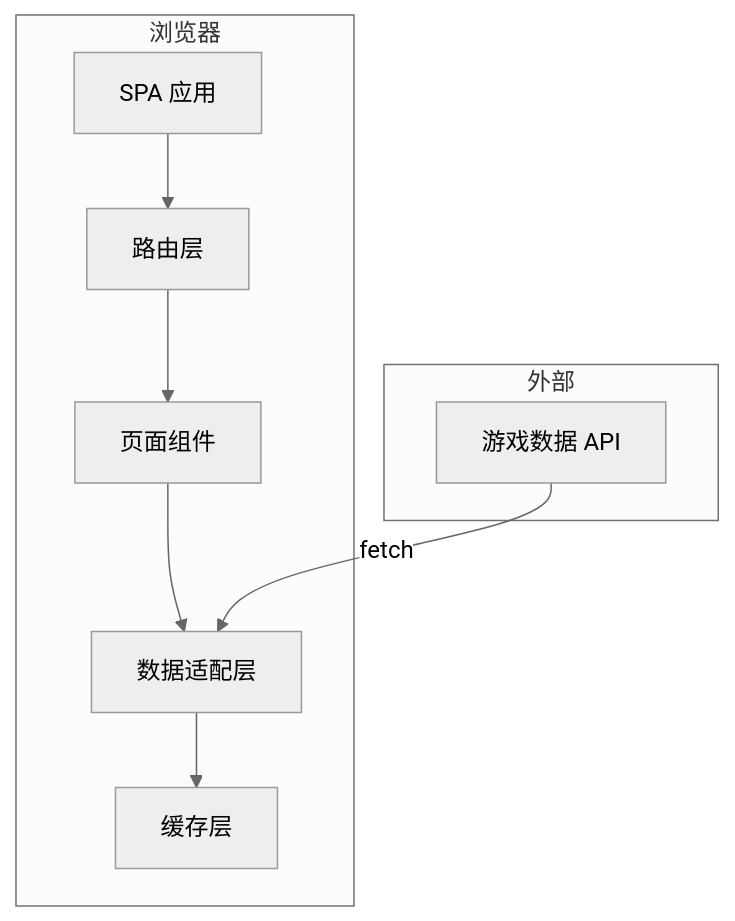
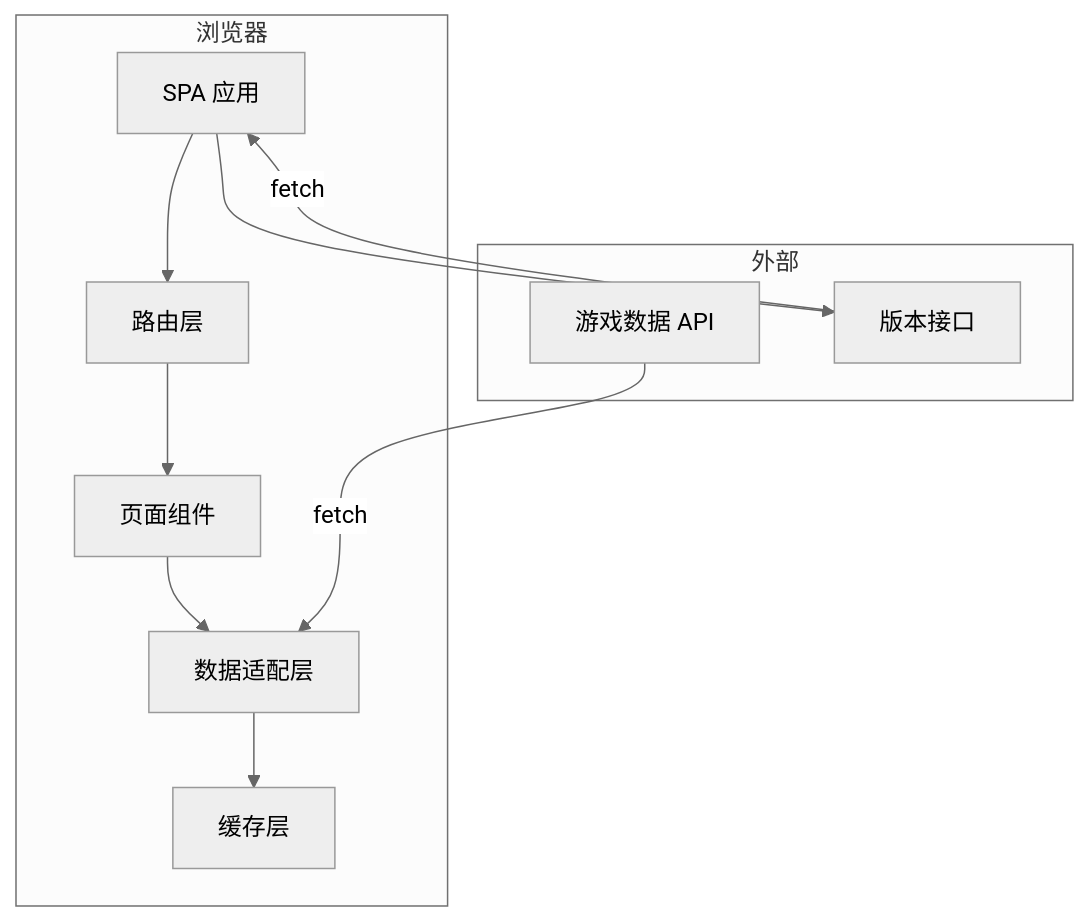
Before and after one commit to Deliay/hongshan-archives-bureau: the first of 4 diagrams in docs/tech/proposal-001-architecture.md, drawn with Mermaid (neutral theme). The commit also changed other lines of this file, not shown here.

````diff
--- a/docs/tech/proposal-001-architecture.md
+++ b/docs/tech/proposal-001-architecture.md
@@ -59,12 +59,14 @@
 ```mermaid
 graph TD
     subgraph 浏览器
         A[SPA 应用] --> B[路由层]
         B --> C[页面组件]
         C --> D[数据适配层]
         D --> E[缓存层]
     end
     subgraph 外部
         F[游戏数据 API] -- fetch --> D
+        G[版本接口] -- fetch --> A
     end
+    A --> G
 ```
````
